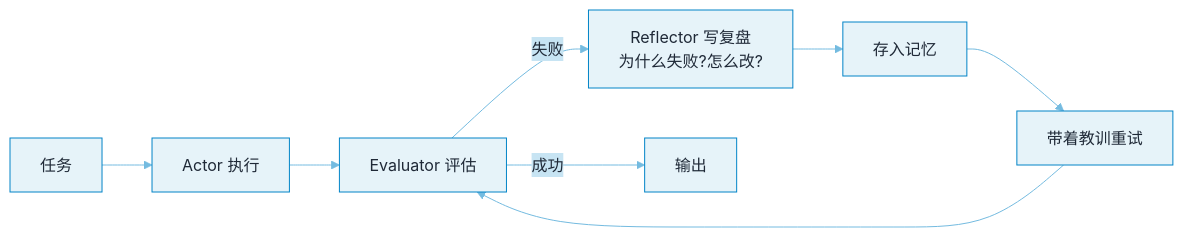
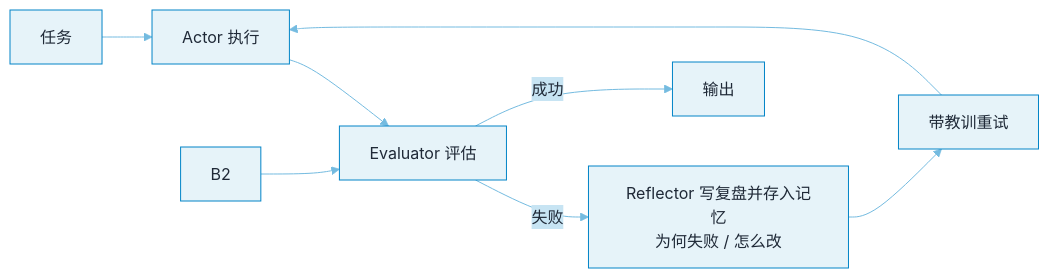
One commit to funny8kids/ai-agent-handbook changed the diagram in docs/04-prompt-reasoning/reflexion.md. Above: the diagram before and after it, drawn with Mermaid. The commit also changed other lines of this file and 45 other files, not shown here.

First line of the commit message:
Thicken 12 thin pages, clear 25 over-width diagrams, re-proportion 10 thin-ribbon diagrams

````diff
--- a/docs/04-prompt-reasoning/reflexion.md
+++ b/docs/04-prompt-reasoning/reflexion.md
@@ -44,11 +44,11 @@
 ```mermaid
 %%{init: {"theme":"base","themeVariables":{"primaryColor":"#E6F3F9","primaryBorderColor":"#0284C7","primaryTextColor":"#1F2937","secondaryColor":"#C7E4F3","tertiaryColor":"#F5FAFD","lineColor":"#74BBE0","actorBkg":"#EBF5FB","actorBorder":"#0284C7","actorTextColor":"#1F2937","signalColor":"#4EA9D8","noteBkgColor":"#D1E9F5","noteBorderColor":"#0284C7","noteTextColor":"#1F2937","labelBoxBkgColor":"#E6F3F9","labelBoxBorderColor":"#0284C7"}}}%%
 flowchart LR
-  A[任务] --> B[Actor 执行]
-  B --> C[Evaluator 评估]
-  C -- 失败 --> D[Reflector 写复盘<br/>为什么失败?怎么改?]
-  D --> E[存入记忆]
-  E --> B2[带着教训重试]
+  A[任务] --> B["Actor 执行"]
+  B --> C["Evaluator 评估"]
+  C -- 失败 --> D["Reflector 写复盘并存入记忆<br/>为何失败 / 怎么改"]
+  D --> E[带教训重试]
+  E --> B
   B2 --> C
   C -- 成功 --> F[输出]
 ```
````
